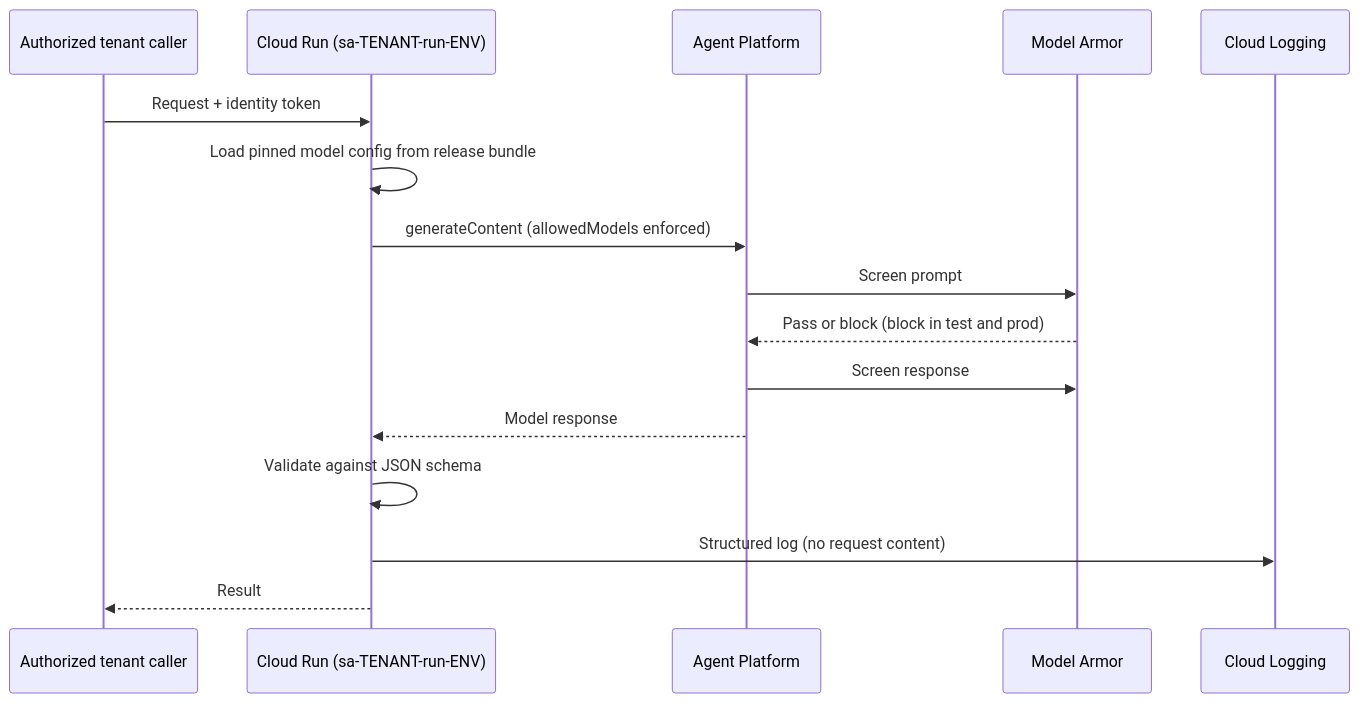
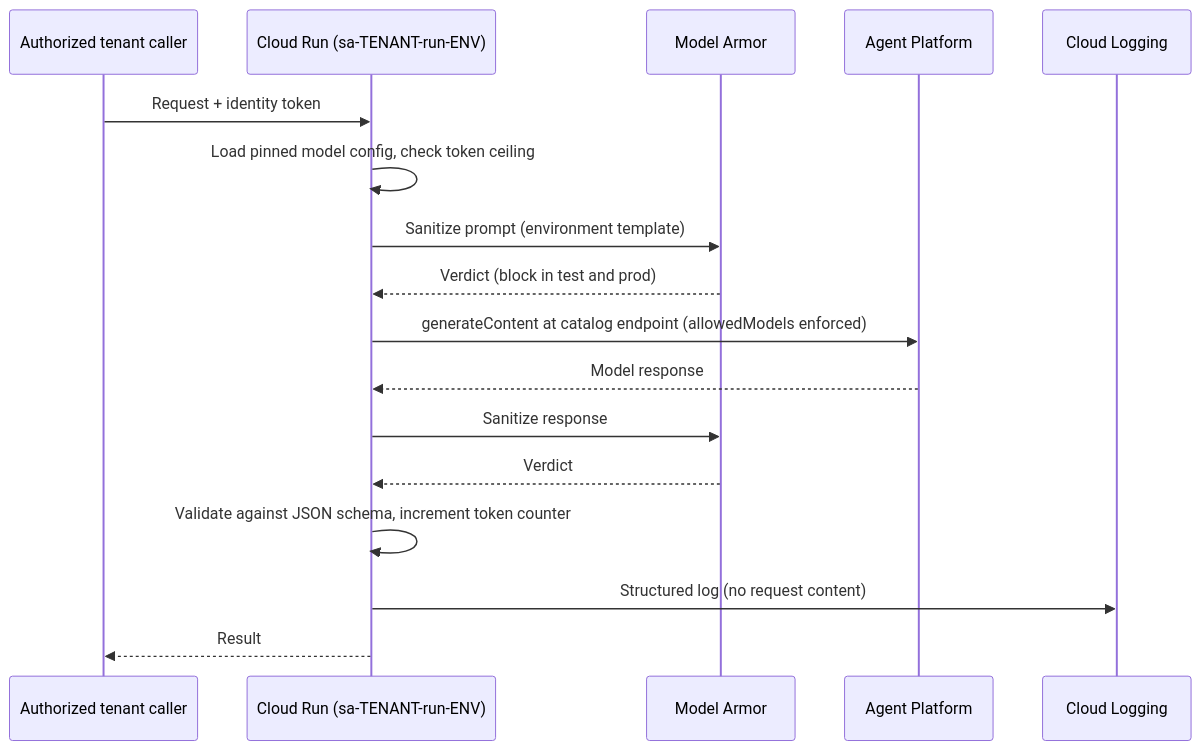
One commit to Josephdara/tenantloom-ai changed the fourth of 8 diagrams in architecture.md. Above: the diagram before and after it, drawn with Mermaid. The commit also changed other lines of this file and 13 other files, not shown here.

Commit message:
docs: settle architecture decisions and add ADRs 001-012

````diff
--- a/architecture.md
+++ b/architecture.md
@@ -187,18 +194,19 @@
 ```mermaid
 sequenceDiagram
     participant C as Authorized tenant caller
     participant R as Cloud Run (sa-TENANT-run-ENV)
+    participant M as Model Armor
     participant A as Agent Platform
-    participant M as Model Armor
     participant L as Cloud Logging
     C->>R: Request + identity token
-    R->>R: Load pinned model config from release bundle
-    R->>A: generateContent (allowedModels enforced)
-    A->>M: Screen prompt
-    M-->>A: Pass or block (block in test and prod)
-    A->>M: Screen response
+    R->>R: Load pinned model config, check token ceiling
+    R->>M: Sanitize prompt (environment template)
+    M-->>R: Verdict (block in test and prod)
+    R->>A: generateContent at catalog endpoint (allowedModels enforced)
     A-->>R: Model response
-    R->>R: Validate against JSON schema
+    R->>M: Sanitize response
+    M-->>R: Verdict
+    R->>R: Validate against JSON schema, increment token counter
     R->>L: Structured log (no request content)
     R-->>C: Result
 ```
````
